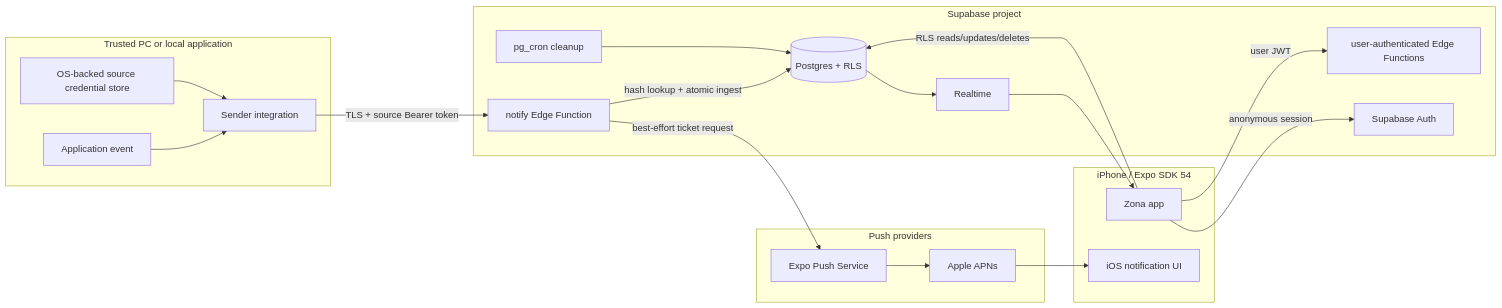
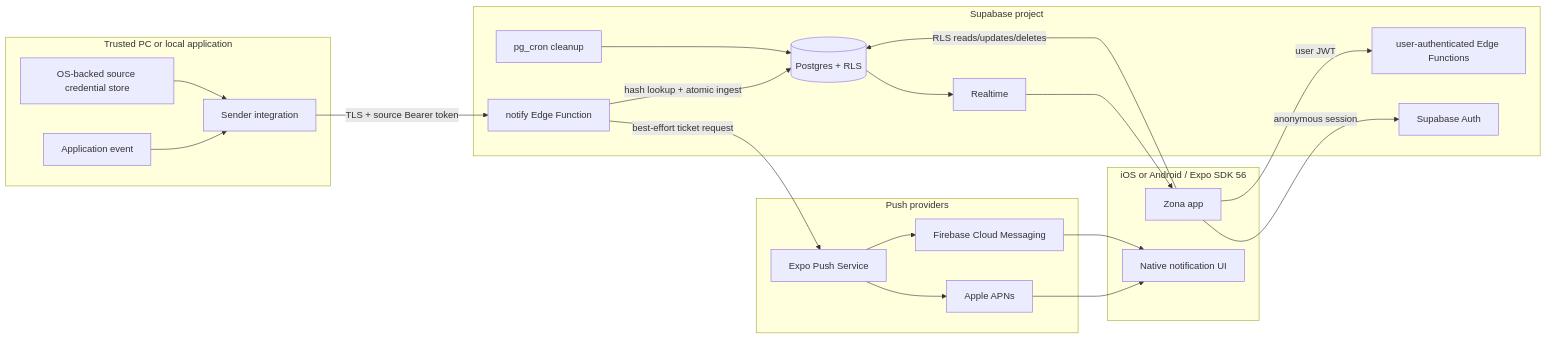
One commit to terri-yaki/zona changed the diagram in docs/ARCHITECTURE.md. Above: the diagram before and after it, drawn with Mermaid. The commit also changed other lines of this file and 46 other files, not shown here.

````diff
--- a/docs/ARCHITECTURE.md
+++ b/docs/ARCHITECTURE.md
@@ -9,35 +9,37 @@
 ```mermaid
 flowchart LR
   subgraph Sender["Trusted PC or local application"]
     A["Application event"] --> B["Sender integration"]
     K["OS-backed source credential store"] --> B
   end
 
   subgraph Supabase["Supabase project"]
     N["notify Edge Function"]
     U["user-authenticated Edge Functions"]
     DB[("Postgres + RLS")]
     AUTH["Supabase Auth"]
     RT["Realtime"]
     CRON["pg_cron cleanup"]
   end
 
   subgraph Push["Push providers"]
     EXPO["Expo Push Service"] --> APNS["Apple APNs"]
+    EXPO --> FCM["Firebase Cloud Messaging"]
   end
 
-  subgraph Phone["iPhone / Expo SDK 54"]
+  subgraph Phone["iOS or Android / Expo SDK 56"]
     APP["Zona app"]
-    IOS["iOS notification UI"]
+    NATIVE["Native notification UI"]
   end
 
   B -->|"TLS + source Bearer token"| N
   N -->|"hash lookup + atomic ingest"| DB
   N -->|"best-effort ticket request"| EXPO
-  APNS --> IOS
+  APNS --> NATIVE
+  FCM --> NATIVE
   APP -->|"anonymous session"| AUTH
   APP -->|"user JWT"| U
   APP -->|"RLS reads/updates/deletes"| DB
   DB --> RT --> APP
   CRON --> DB
 ```
````
